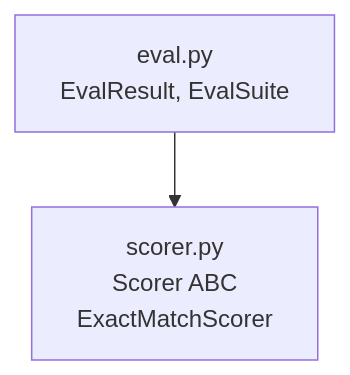
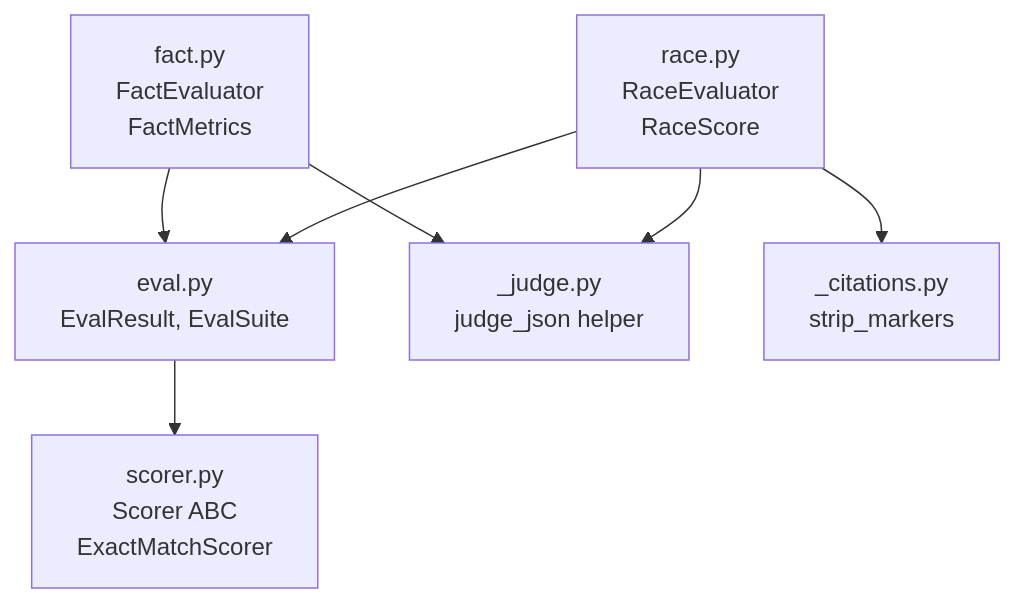
The first of 3 diagrams in docs/maintainer/packages/bench.md (Cognitivemesh/pyarnes), drawn with Mermaid before and after one commit. The commit also changed other lines of this file and 22 other files, not shown here.

First line of the commit message:
feat(bench): add RACE and FACT evaluators for deep-research reports (#32)

````diff
--- a/docs/maintainer/packages/bench.md
+++ b/docs/maintainer/packages/bench.md
@@ -14,7 +14,16 @@
 ```mermaid
 graph TB
     Eval[eval.py<br/>EvalResult, EvalSuite]
     Scorer[scorer.py<br/>Scorer ABC<br/>ExactMatchScorer]
+    Race[race.py<br/>RaceEvaluator<br/>RaceScore]
+    Fact[fact.py<br/>FactEvaluator<br/>FactMetrics]
+    Judge[_judge.py<br/>judge_json helper]
+    Cits[_citations.py<br/>strip_markers]
 
     Eval --> Scorer
+    Race --> Judge
+    Race --> Cits
+    Race --> Eval
+    Fact --> Judge
+    Fact --> Eval
 ```
````
